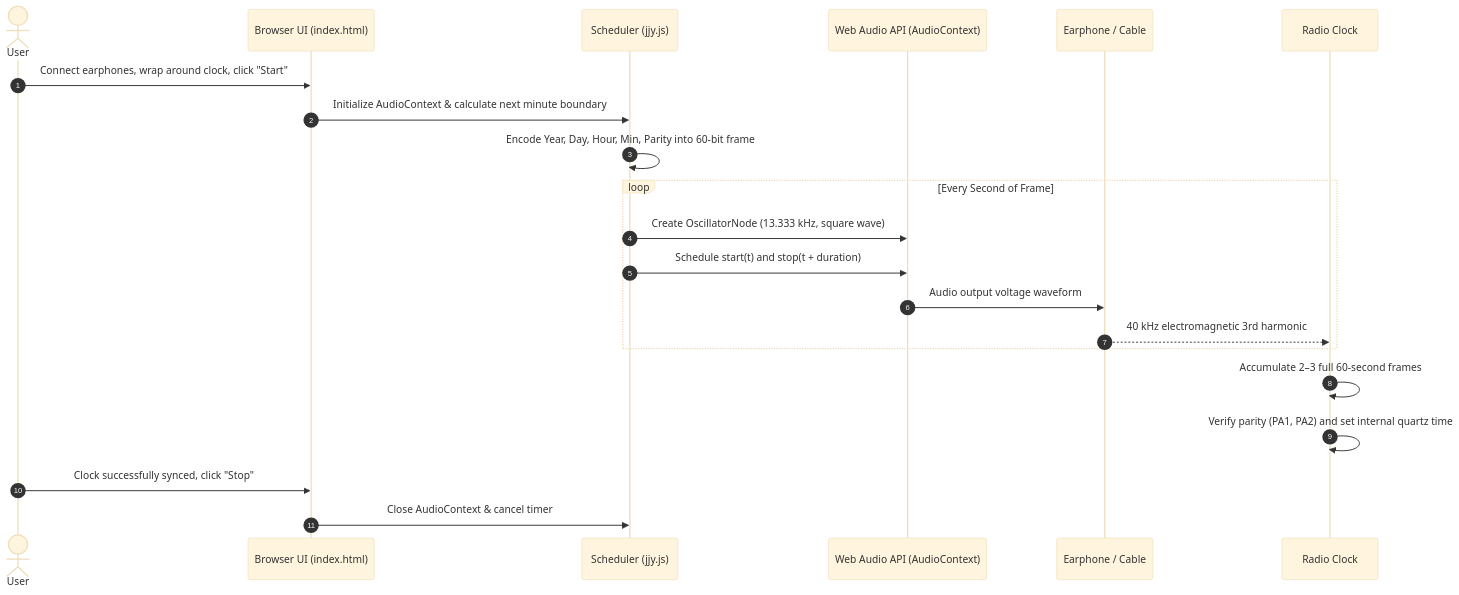
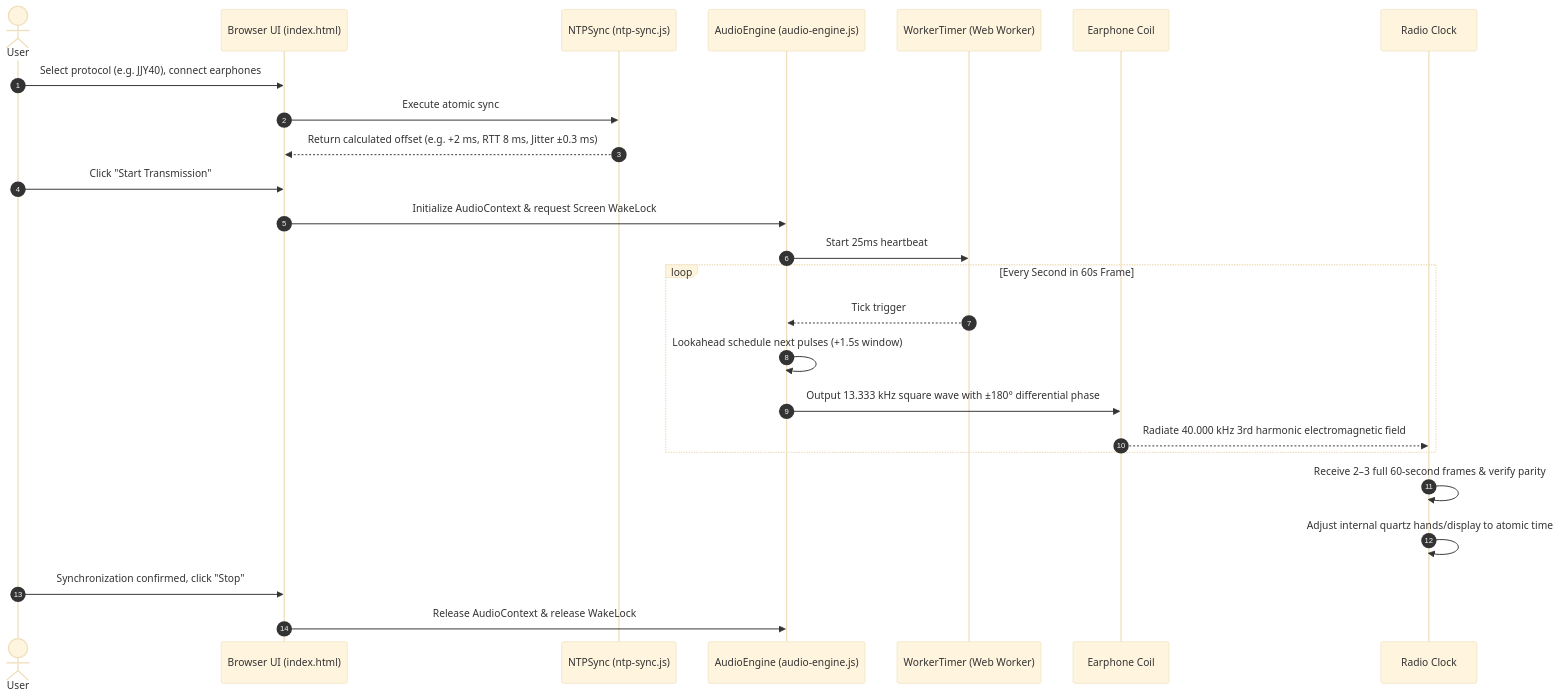
One commit to 9M2PJU/9M2PJU-WebTimeSignal changed the fourth of 5 diagrams in README.md. Above: the diagram before and after it, drawn with Mermaid (base theme). The commit also changed other lines of this file, not shown here.

Commit message:
docs: exhaustive complete README rewrite with physics, protocols, atomic NTP, and diagrams

````diff
--- a/README.md
+++ b/README.md
@@ -119,24 +231,28 @@
 ```mermaid
 sequenceDiagram
     autonumber
     actor User
     participant UI as Browser UI (index.html)
-    participant Core as Scheduler (jjy.js)
-    participant WebAudio as Web Audio API (AudioContext)
-    participant Earphones as Earphone / Cable
+    participant NTP as NTPSync (ntp-sync.js)
+    participant Core as AudioEngine (audio-engine.js)
+    participant Worker as WorkerTimer (Web Worker)
+    participant Earphones as Earphone Coil
     participant Clock as Radio Clock
 
-    User->>UI: Connect earphones, wrap around clock, click "Start"
-    UI->>Core: Initialize AudioContext & calculate next minute boundary
-    Core->>Core: Encode Year, Day, Hour, Min, Parity into 60-bit frame
-    loop Every Second of Frame
-        Core->>WebAudio: Create OscillatorNode (13.333 kHz, square wave)
-        Core->>WebAudio: Schedule start(t) and stop(t + duration)
-        WebAudio->>Earphones: Audio output voltage waveform
-        Earphones-->>Clock: 40 kHz electromagnetic 3rd harmonic
+    User->>UI: Select protocol (e.g. JJY40), connect earphones
+    UI->>NTP: Execute atomic sync
+    NTP-->>UI: Return calculated offset (e.g. +2 ms, RTT 8 ms, Jitter ±0.3 ms)
+    User->>UI: Click "Start Transmission"
+    UI->>Core: Initialize AudioContext & request Screen WakeLock
+    Core->>Worker: Start 25ms heartbeat
+    loop Every Second in 60s Frame
+        Worker-->>Core: Tick trigger
+        Core->>Core: Lookahead schedule next pulses (+1.5s window)
+        Core->>Earphones: Output 13.333 kHz square wave with ±180° differential phase
+        Earphones-->>Clock: Radiate 40.000 kHz 3rd harmonic electromagnetic field
     end
-    Clock->>Clock: Accumulate 2–3 full 60-second frames
-    Clock->>Clock: Verify parity (PA1, PA2) and set internal quartz time
-    User->>UI: Clock successfully synced, click "Stop"
-    UI->>Core: Close AudioContext & cancel timer
+    Clock->>Clock: Receive 2–3 full 60-second frames & verify parity
+    Clock->>Clock: Adjust internal quartz hands/display to atomic time
+    User->>UI: Synchronization confirmed, click "Stop"
+    UI->>Core: Release AudioContext & release WakeLock
 ```
````
